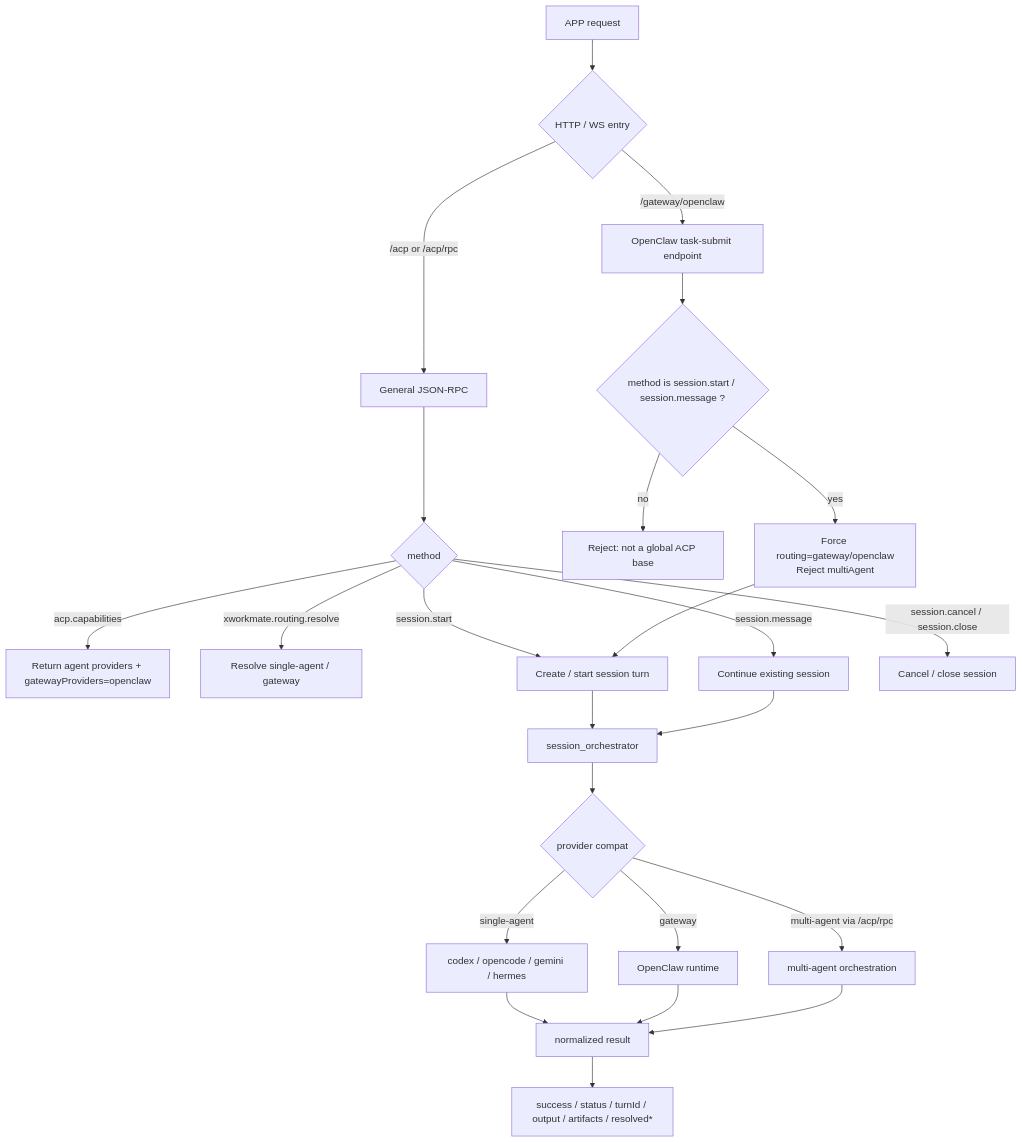
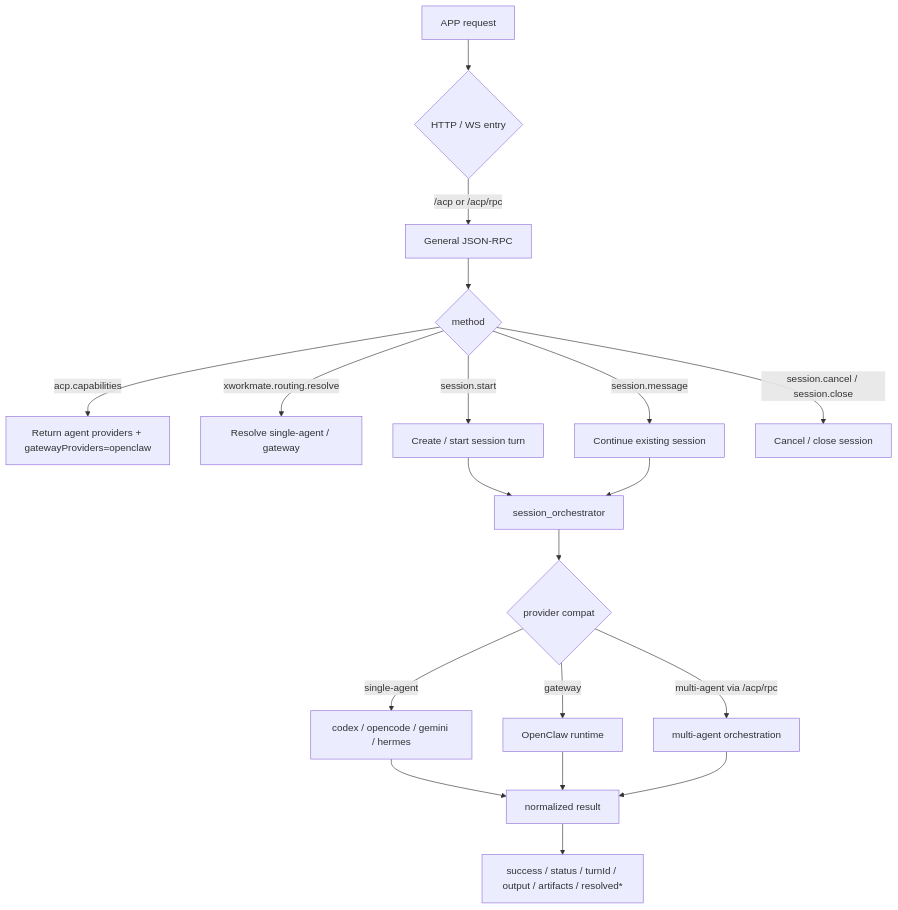
Before and after one commit to ai-workspace-lab/xworkmate-app: the fifth of 7 diagrams in docs/architecture/cross-repo-task-state-workflow.md, drawn with Mermaid. The commit also changed other lines of this file and 9 other files, not shown here.

Commit message:
Remove OpenClaw direct ACP route

````diff
--- a/docs/architecture/cross-repo-task-state-workflow.md
+++ b/docs/architecture/cross-repo-task-state-workflow.md
@@ -123,30 +123,24 @@
 ```mermaid
 flowchart TD
   REQ["APP request"] --> EP{"HTTP / WS entry"}
   EP -->|/acp or /acp/rpc| RPC["General JSON-RPC"]
-  EP -->|/gateway/openclaw| GW["OpenClaw task-submit endpoint"]
 
   RPC --> METHOD{"method"}
   METHOD -->|acp.capabilities| CAP["Return agent providers + gatewayProviders=openclaw"]
   METHOD -->|xworkmate.routing.resolve| ROUTE["Resolve single-agent / gateway"]
   METHOD -->|session.start| START["Create / start session turn"]
   METHOD -->|session.message| MSG["Continue existing session"]
   METHOD -->|session.cancel / session.close| CTRL["Cancel / close session"]
-
-  GW --> GUARD{"method is session.start / session.message ?"}
-  GUARD -->|no| REJECT["Reject: not a global ACP base"]
-  GUARD -->|yes| FORCE["Force routing=gateway/openclaw<br/>Reject multiAgent"]
-  FORCE --> START
 
   START --> ORCH["session_orchestrator"]
   MSG --> ORCH
   ORCH --> PROVIDER{"provider compat"}
   PROVIDER -->|single-agent| SA["codex / opencode / gemini / hermes"]
   PROVIDER -->|gateway| OCG["OpenClaw runtime"]
   PROVIDER -->|multi-agent via /acp/rpc| MA["multi-agent orchestration"]
 
   SA --> NORM["normalized result"]
   OCG --> NORM
   MA --> NORM
   NORM --> OUT["success / status / turnId / output / artifacts / resolved*"]
 ```
````
